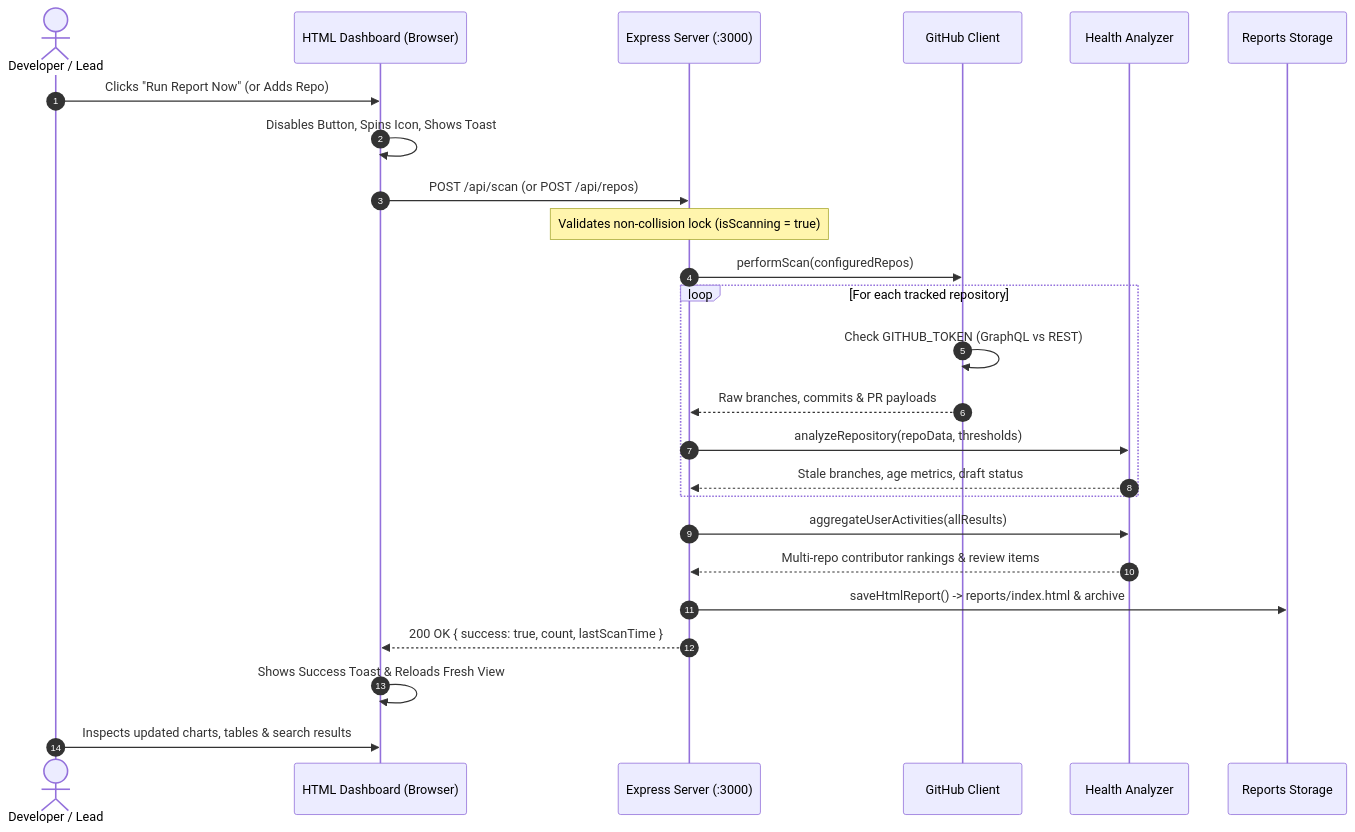
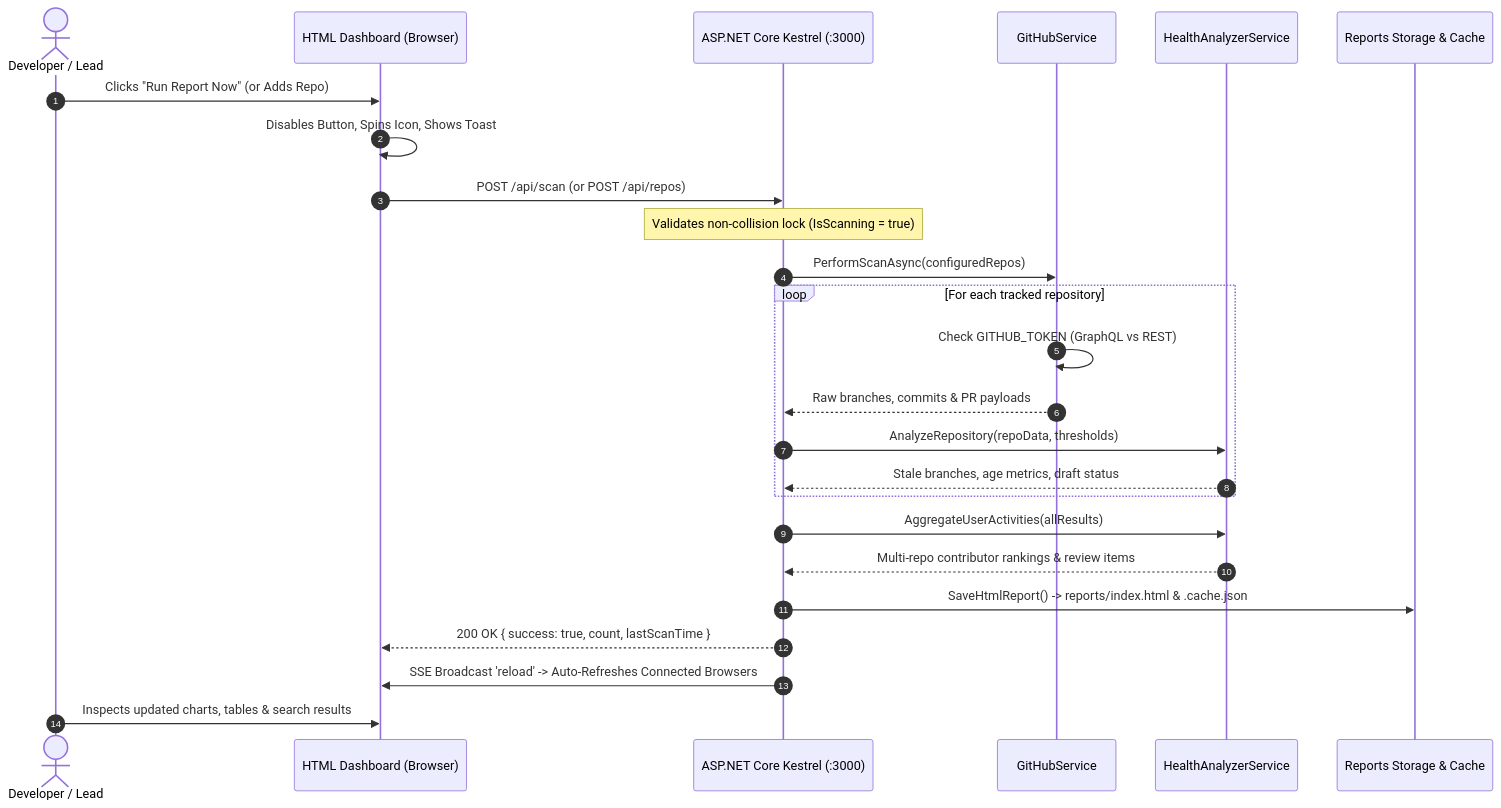
The second of 2 diagrams in README.md (eldiebeldie/fluffy-sniffle), drawn with Mermaid before and after one commit. The commit also changed other lines of this file and 31 other files, not shown here.

First line of the commit message:
feat(migration): migrate core engine and web server from Node.js to .NET 10

````diff
--- a/README.md
+++ b/README.md
@@ -91,28 +94,28 @@
 ```mermaid
 sequenceDiagram
     autonumber
     actor User as Developer / Lead
     participant UI as HTML Dashboard (Browser)
-    participant Server as Express Server (:3000)
-    participant Client as GitHub Client
-    participant Analyzer as Health Analyzer
-    participant Store as Reports Storage
+    participant Server as ASP.NET Core Kestrel (:3000)
+    participant Client as GitHubService
+    participant Analyzer as HealthAnalyzerService
+    participant Store as Reports Storage & Cache
 
     User->>UI: Clicks "Run Report Now" (or Adds Repo)
     UI->>UI: Disables Button, Spins Icon, Shows Toast
     UI->>Server: POST /api/scan (or POST /api/repos)
-    Note over Server: Validates non-collision lock (isScanning = true)
-    Server->>Client: performScan(configuredRepos)
+    Note over Server: Validates non-collision lock (IsScanning = true)
+    Server->>Client: PerformScanAsync(configuredRepos)
     loop For each tracked repository
         Client->>Client: Check GITHUB_TOKEN (GraphQL vs REST)
         Client-->>Server: Raw branches, commits & PR payloads
-        Server->>Analyzer: analyzeRepository(repoData, thresholds)
+        Server->>Analyzer: AnalyzeRepository(repoData, thresholds)
         Analyzer-->>Server: Stale branches, age metrics, draft status
     end
-    Server->>Analyzer: aggregateUserActivities(allResults)
+    Server->>Analyzer: AggregateUserActivities(allResults)
     Analyzer-->>Server: Multi-repo contributor rankings & review items
-    Server->>Store: saveHtmlReport() -> reports/index.html & archive
+    Server->>Store: SaveHtmlReport() -> reports/index.html & .cache.json
     Server-->>UI: 200 OK { success: true, count, lastScanTime }
-    UI->>UI: Shows Success Toast & Reloads Fresh View
+    Server->>UI: SSE Broadcast 'reload' -> Auto-Refreshes Connected Browsers
     User->>UI: Inspects updated charts, tables & search results
 ```
````
